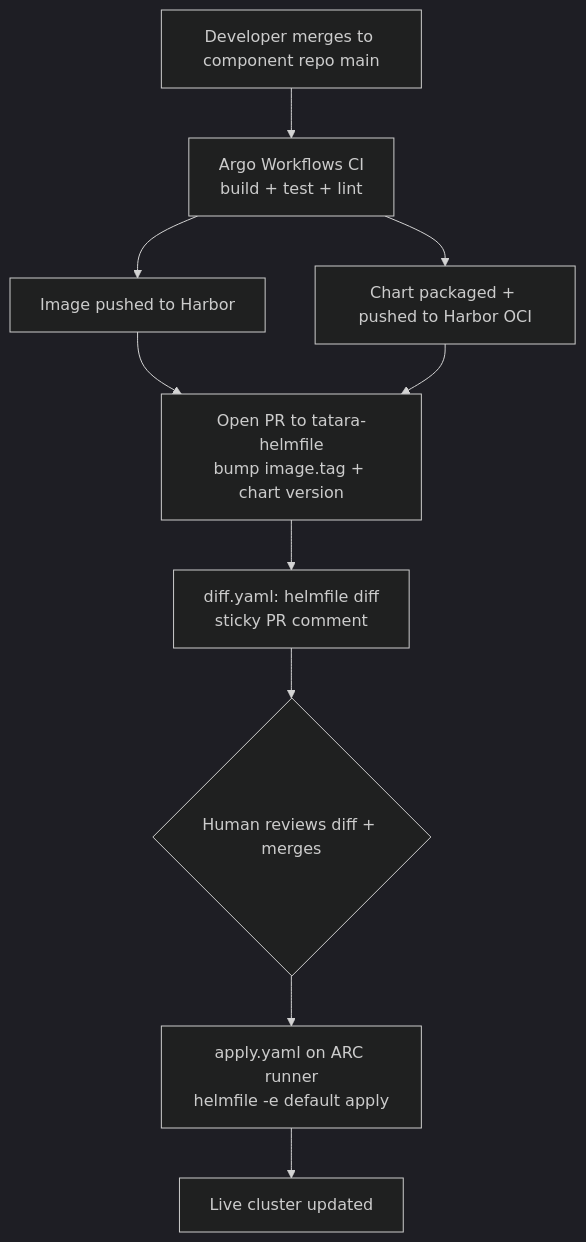
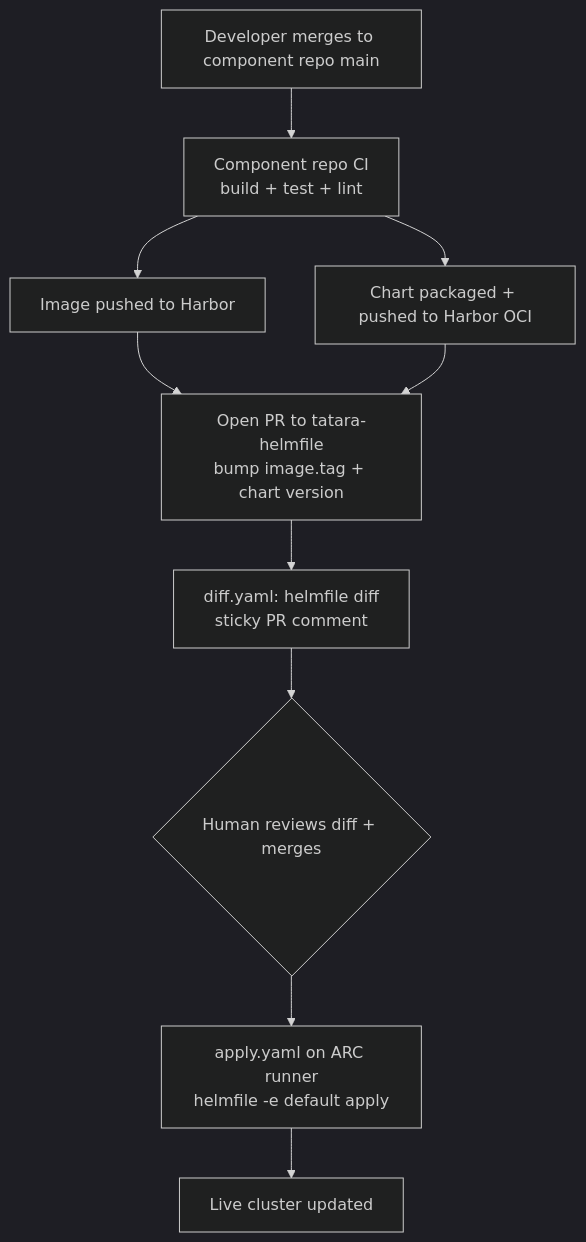
Before and after one commit to szymonrychu/tatara-documentation: the diagram in docs/architecture/ci-cd.md, drawn with Mermaid (dark theme). The commit also changed other lines of this file and 6 other files, not shown here.

Commit message:
docs: remove tatara-argo-workflows (decommissioned; in-cluster argo is unrelated infra)

````diff
--- a/docs/architecture/ci-cd.md
+++ b/docs/architecture/ci-cd.md
@@ -11,12 +11,12 @@
 ```mermaid
 flowchart TD
-    A[Developer merges to component repo main] --> B[Argo Workflows CI\nbuild + test + lint]
+    A[Developer merges to component repo main] --> B[Component repo CI\nbuild + test + lint]
     B --> C[Image pushed to Harbor]
     B --> D[Chart packaged + pushed to Harbor OCI]
     C --> E[Open PR to tatara-helmfile\nbump image.tag + chart version]
     D --> E
     E --> F[diff.yaml: helmfile diff\nsticky PR comment]
     F --> G{Human reviews diff + merges}
     G --> H[apply.yaml on ARC runner\nhelmfile -e default apply]
     H --> I[Live cluster updated]
 ```
````
